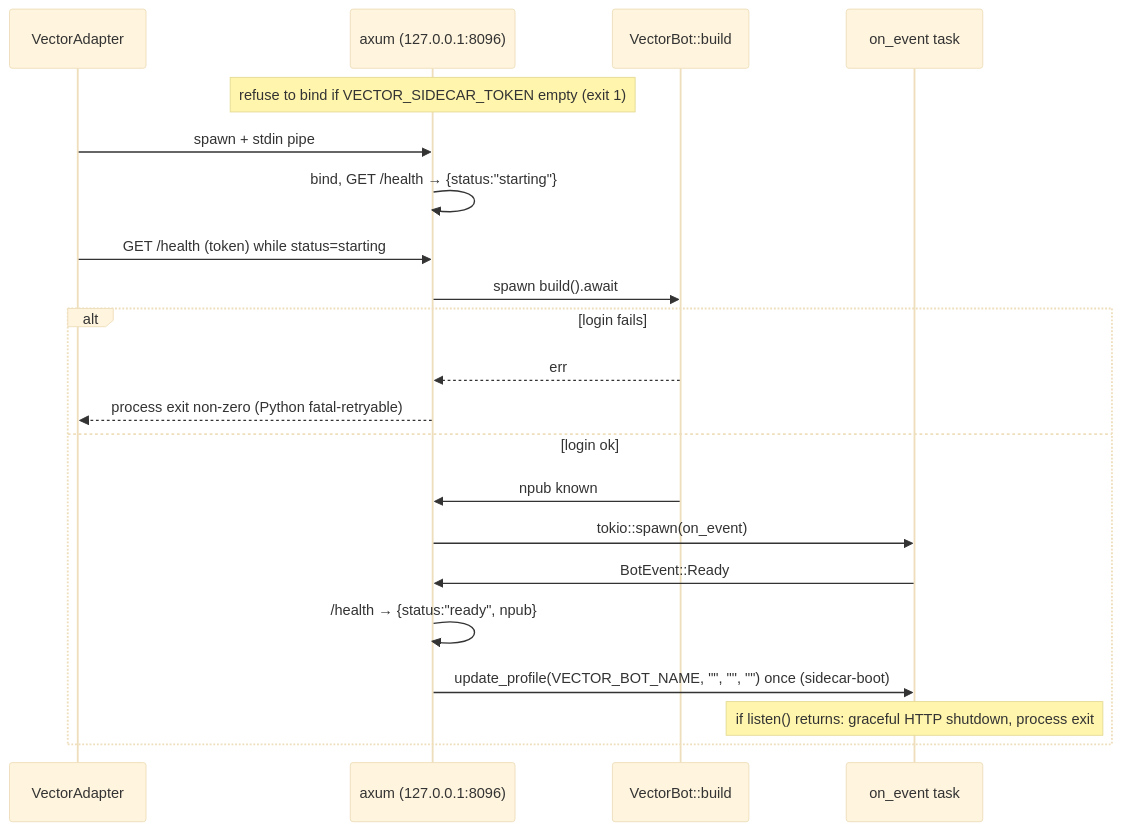
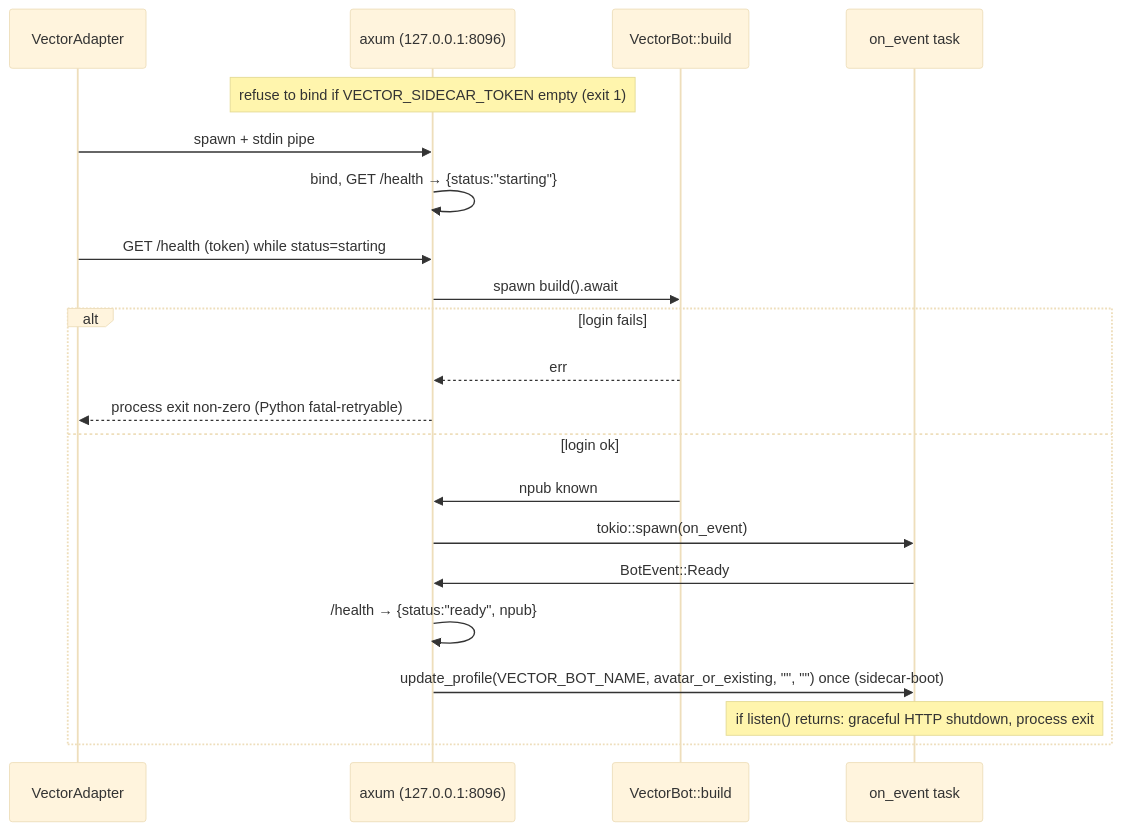
One commit to BonesGit/hermes-vector-platform changed the third of 4 diagrams in DESIGN.md. Above: the diagram before and after it, drawn with Mermaid (base theme). The commit also changed other lines of this file and 10 other files, not shown here.

First line of the commit message:
feat: opt-in public kind-0 name, about, avatar, and banner

````diff
--- a/DESIGN.md
+++ b/DESIGN.md
@@ -286,24 +286,24 @@
 ```mermaid
 sequenceDiagram
   participant Py as VectorAdapter
   participant HTTP as axum (127.0.0.1:8096)
   participant Login as VectorBot::build
   participant Listen as on_event task
 
   Note over HTTP: refuse to bind if VECTOR_SIDECAR_TOKEN empty (exit 1)
   Py->>HTTP: spawn + stdin pipe
   HTTP->>HTTP: bind, GET /health → {status:"starting"}
   Py->>HTTP: GET /health (token) while status=starting
   HTTP->>Login: spawn build().await
   alt login fails
     Login-->>HTTP: err
     HTTP-->>Py: process exit non-zero (Python fatal-retryable)
   else login ok
     Login->>HTTP: npub known
     HTTP->>Listen: tokio::spawn(on_event)
     Listen->>HTTP: BotEvent::Ready
     HTTP->>HTTP: /health → {status:"ready", npub}
-    HTTP->>Listen: update_profile(VECTOR_BOT_NAME, "", "", "") once (sidecar-boot)
+    HTTP->>Listen: update_profile(VECTOR_BOT_NAME, avatar_or_existing, "", "") once (sidecar-boot)
     Note over Listen: if listen() returns: graceful HTTP shutdown, process exit
   end
 ```
````
